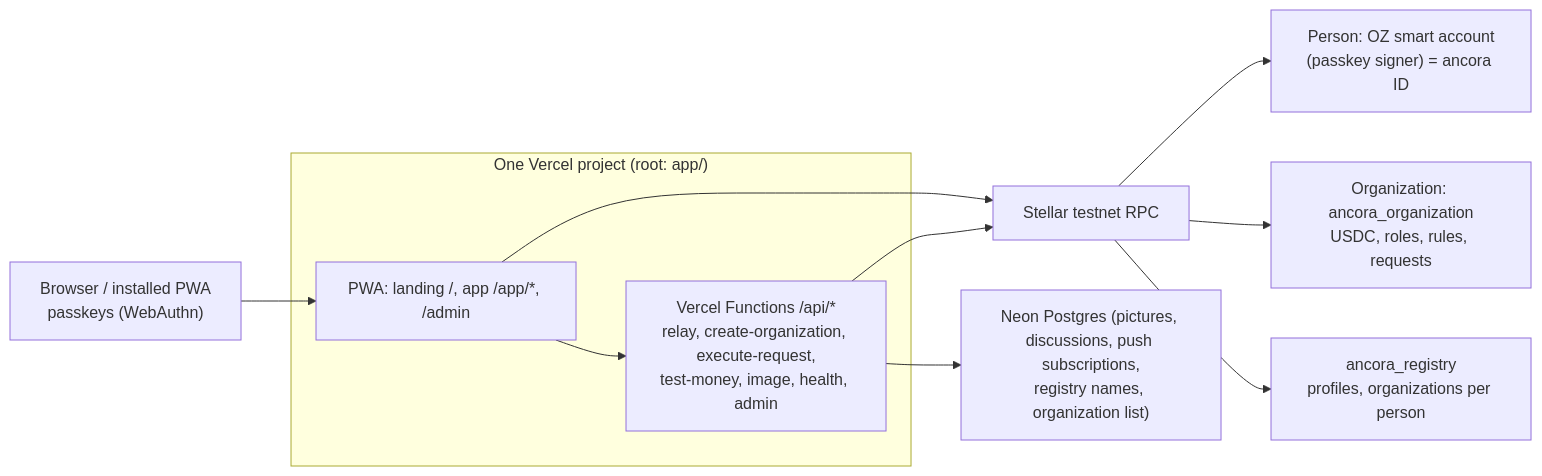
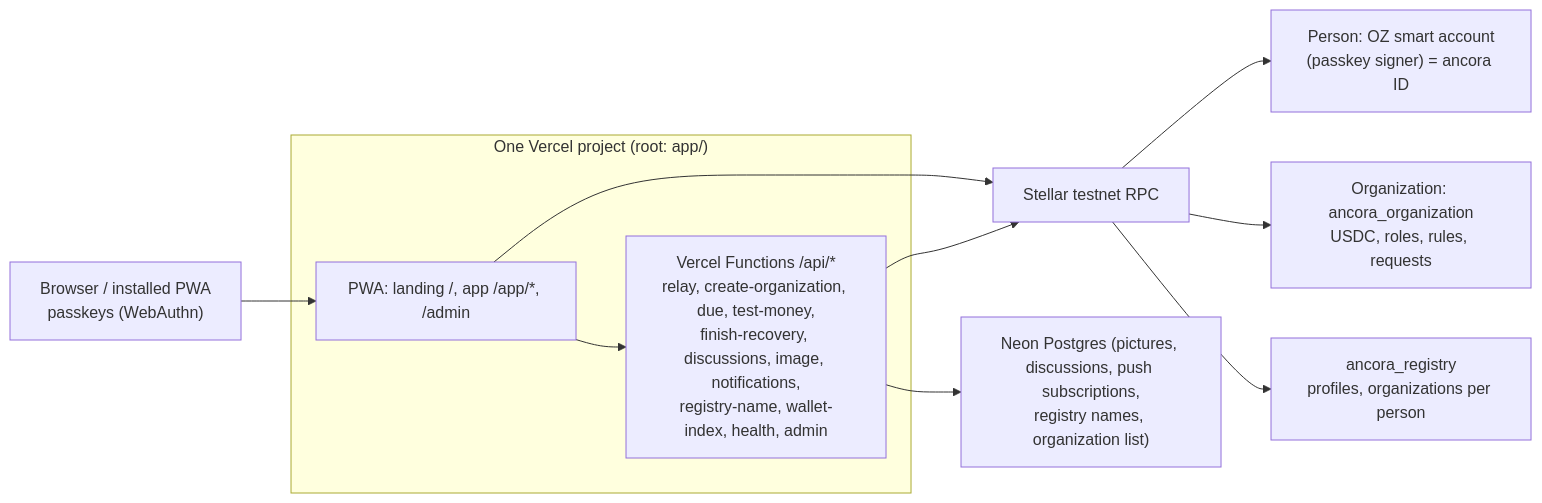
Before and after one commit to raglibol-re/ancora: the diagram in docs/ARCHITECTURE.md, drawn with Mermaid. The commit also changed other lines of this file and 7 other files, not shown here.

Commit message:
docs: maintainer handbook, contributing guide, and current architecture

````diff
--- a/docs/ARCHITECTURE.md
+++ b/docs/ARCHITECTURE.md
@@ -7,15 +7,15 @@
 ```mermaid
 flowchart LR
   subgraph Vercel["One Vercel project (root: app/)"]
     SPA["PWA: landing /, app /app/*, /admin"]
-    API["Vercel Functions /api/*<br/>relay, create-organization, execute-request,<br/>test-money, image, health, admin"]
+    API["Vercel Functions /api/*<br/>relay, create-organization, due, test-money,<br/>finish-recovery, discussions, image, notifications,<br/>registry-name, wallet-index, health, admin"]
   end
   Browser["Browser / installed PWA<br/>passkeys (WebAuthn)"] --> SPA
   SPA --> API
   SPA --> RPC["Stellar testnet RPC"]
   API --> RPC
-  API --> Blob["Neon Postgres (pictures, discussions, push subscriptions,<br/>registry names, organization list)"]
+  API --> DB["Neon Postgres (pictures, discussions, push subscriptions,<br/>registry names, organization list)"]
   RPC --> Person["Person: OZ smart account<br/>(passkey signer) = ancora ID"]
   RPC --> Org["Organization: ancora_organization<br/>USDC, roles, rules, requests"]
   RPC --> Registry["ancora_registry<br/>profiles, organizations per person"]
 ```
````
